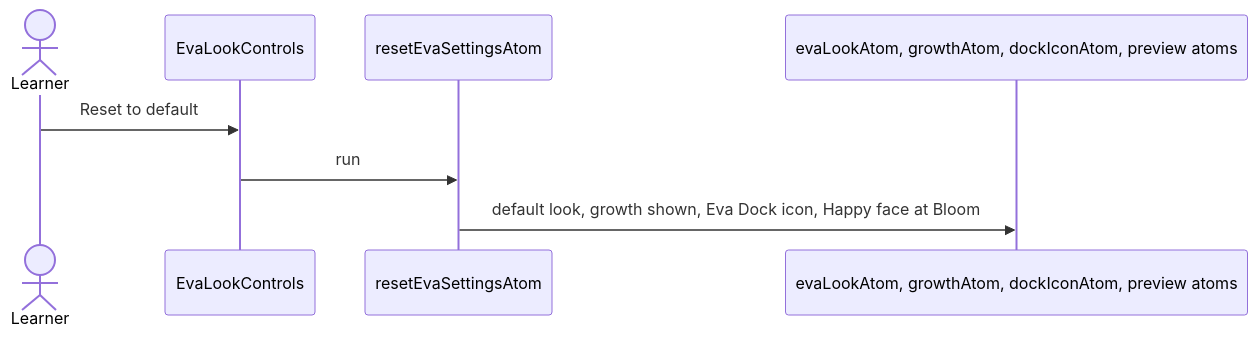
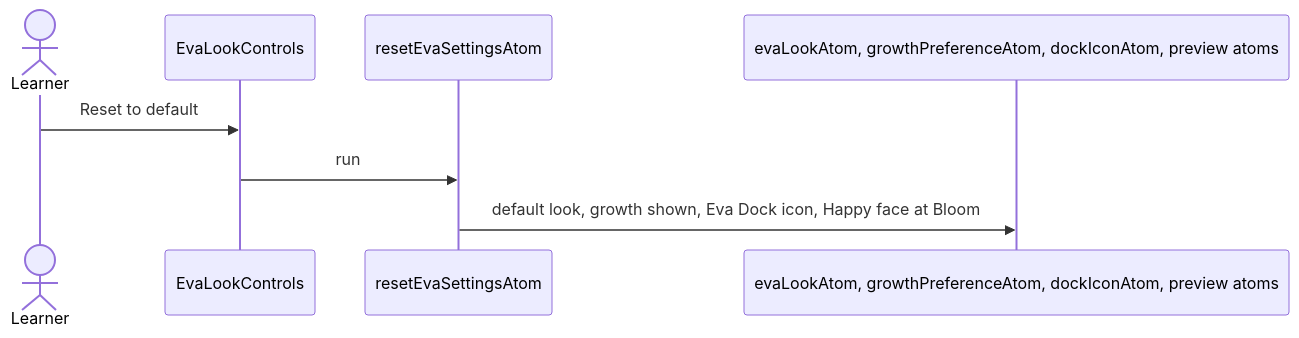
The sixth of 6 diagrams in src/features/eva-settings/flow.md (oleksii-latyshev/english-trainer), drawn with Mermaid before and after one commit. The commit also changed other lines of this file and 75 other files, not shown here.

````diff
--- a/src/features/eva-settings/flow.md
+++ b/src/features/eva-settings/flow.md
@@ -100,11 +100,11 @@
 ```mermaid
 sequenceDiagram
     actor Learner
     participant Controls as EvaLookControls
     participant Reset as resetEvaSettingsAtom
-    participant Atoms as evaLookAtom, growthAtom, dockIconAtom, preview atoms
+    participant Atoms as evaLookAtom, growthPreferenceAtom, dockIconAtom, preview atoms
 
     Learner->>Controls: Reset to default
     Controls->>Reset: run
     Reset->>Atoms: default look, growth shown, Eva Dock icon, Happy face at Bloom
 ```
````
